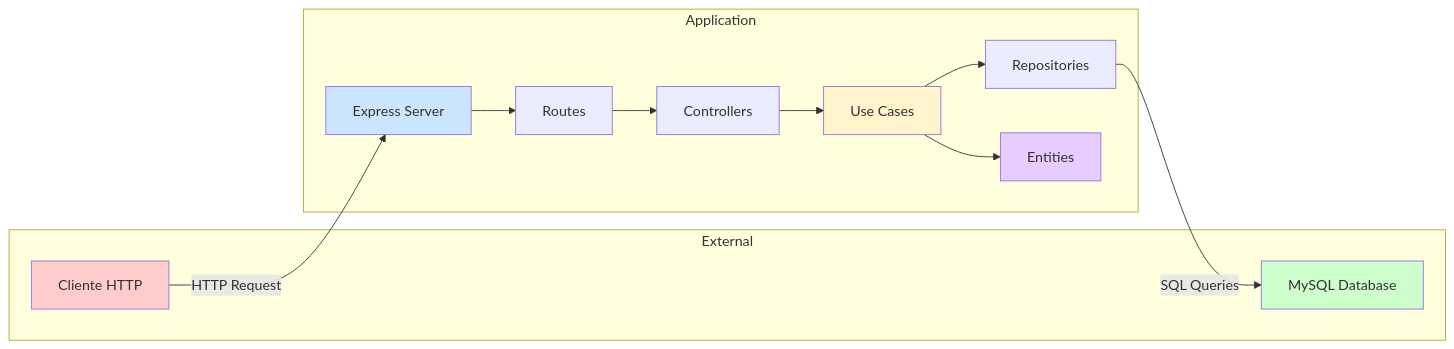
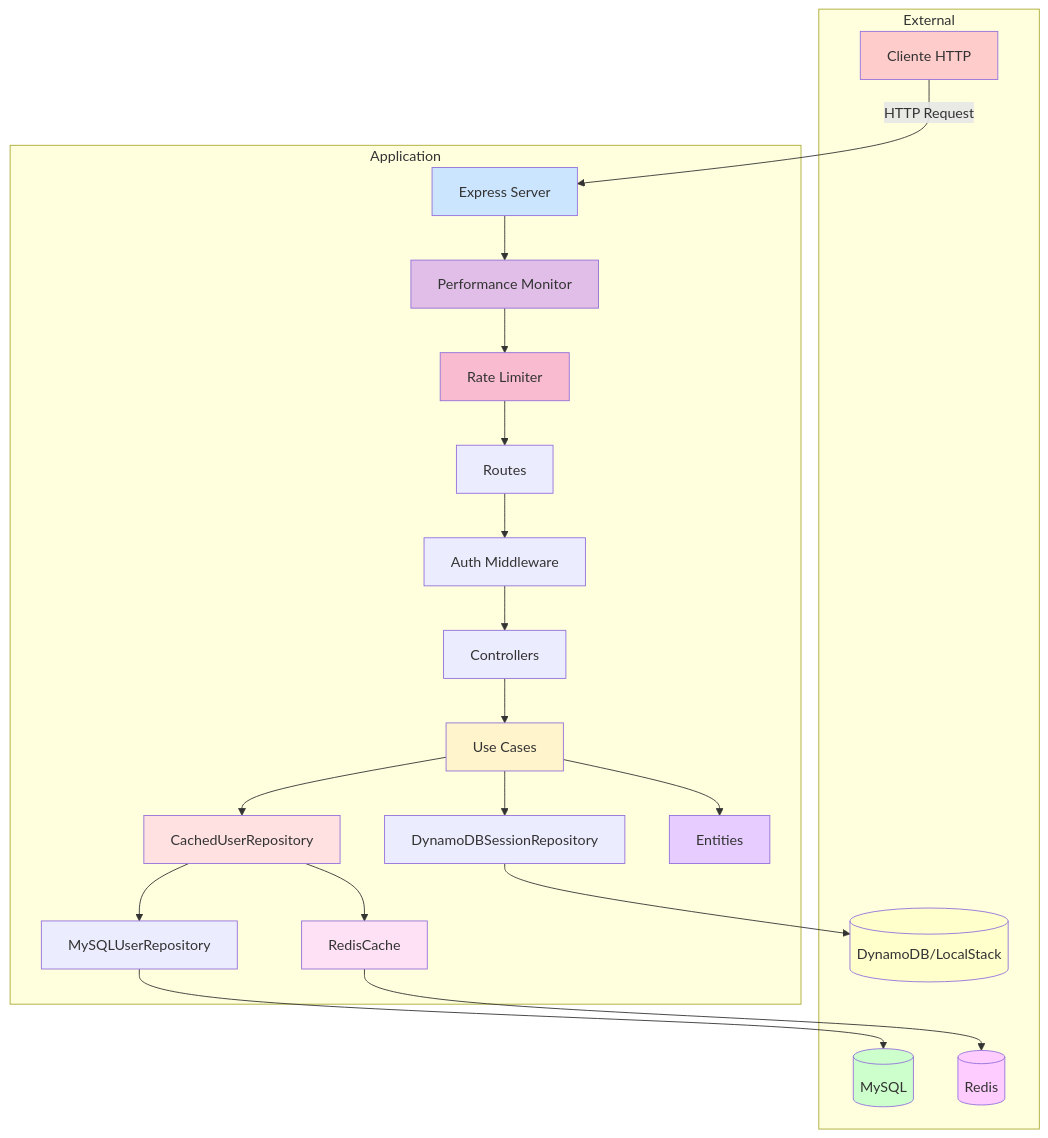
One commit to maximopeoficiales/node-ts-mysql-debug-template changed the third of 15 diagrams in ARCHITECTURE.md. Above: the diagram before and after it, drawn with Mermaid. The commit also changed other lines of this file and 19 other files, not shown here.

First line of the commit message:
feat: Implement rate limiting middleware with Redis caching

````diff
--- a/ARCHITECTURE.md
+++ b/ARCHITECTURE.md
@@ -146,30 +213,52 @@
 ```mermaid
-graph LR
+graph TB
     subgraph External
         A[Cliente HTTP]
-        B[MySQL Database]
+        B[(MySQL)]
+        C[(Redis)]
+        D[(DynamoDB/LocalStack)]
     end
 
     subgraph Application
-        C[Express Server]
-        D[Routes]
-        E[Controllers]
-        F[Use Cases]
-        G[Repositories]
-        H[Entities]
+        E[Express Server]
+        F[Performance Monitor]
+        G[Rate Limiter]
+        H[Auth Middleware]
+        I[Routes]
+        J[Controllers]
+        K[Use Cases]
+        L[CachedUserRepository]
+        M[MySQLUserRepository]
+        N[DynamoDBSessionRepository]
+        O[RedisCache]
+        P[Entities]
     end
 
-    A -->|HTTP Request| C
-    C --> D
-    D --> E
+    A -->|HTTP Request| E
     E --> F
-    F --> H
     F --> G
-    G -->|SQL Queries| B
+    G --> I
+    I --> H
+    H --> J
+    J --> K
+    K --> L
+    L --> O
+    L --> M
+    K --> N
+    O --> C
+    M --> B
+    N --> D
+    K --> P
 
     style A fill:#ffcccc
     style B fill:#ccffcc
-    style C fill:#cce5ff
-    style F fill:#fff4cc
-    style H fill:#e6ccff
+    style C fill:#ffccff
+    style D fill:#ffffcc
+    style E fill:#cce5ff
+    style F fill:#e1bee7
+    style G fill:#f8bbd0
+    style K fill:#fff4cc
+    style L fill:#ffe1e1
+    style O fill:#ffe1f5
+    style P fill:#e6ccff
 ```
````
